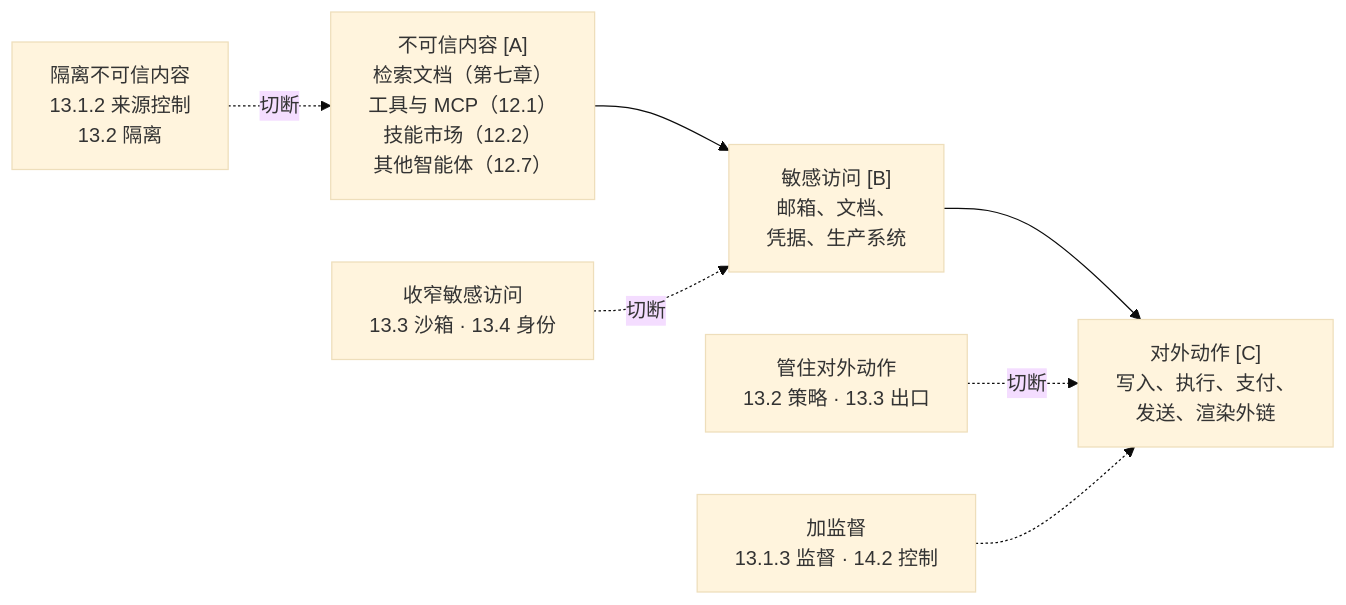
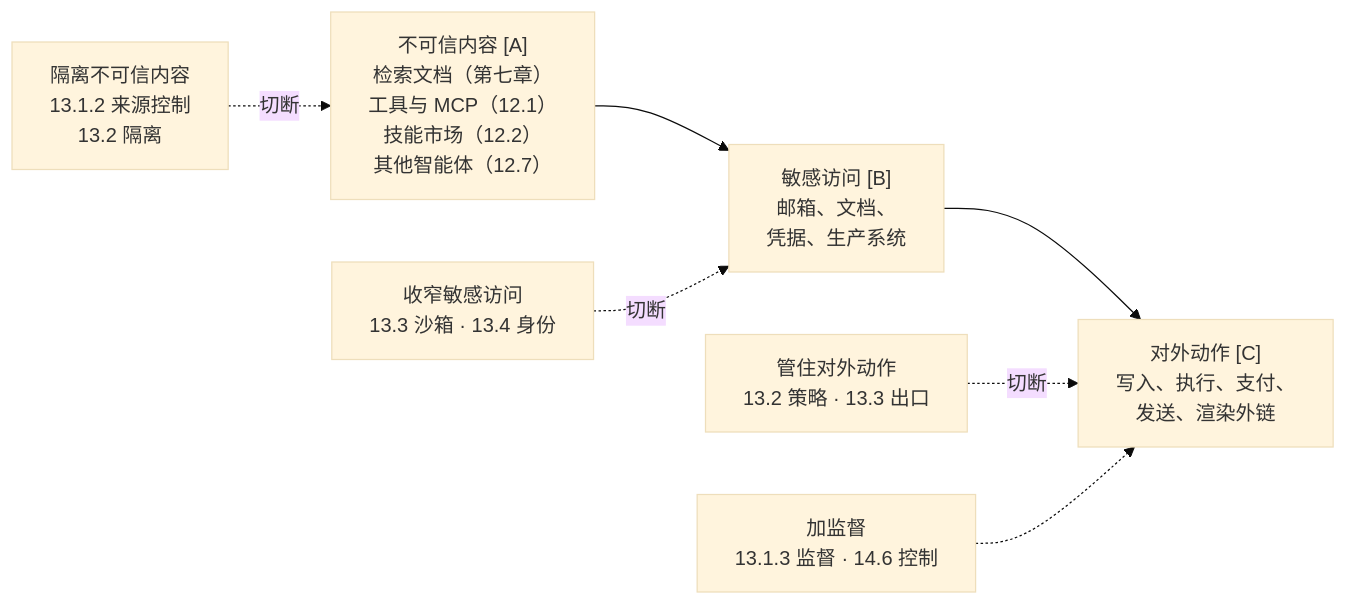
Before and after one commit to yeasy/ai_security_guide: the diagram in 11_agent_foundations/11.4_lethal_trifecta.md, drawn with Mermaid (base theme). The commit also changed other lines of this file and 133 other files, not shown here.

````diff
--- a/11_agent_foundations/11.4_lethal_trifecta.md
+++ b/11_agent_foundations/11.4_lethal_trifecta.md
@@ -50,10 +50,10 @@
 ```mermaid
 flowchart LR
     A["不可信内容 [A]<br/>检索文档（第七章）<br/>工具与 MCP（12.1）<br/>技能市场（12.2）<br/>其他智能体（12.7）"]
     A --> B["敏感访问 [B]<br/>邮箱、文档、<br/>凭据、生产系统"]
     B --> C["对外动作 [C]<br/>写入、执行、支付、<br/>发送、渲染外链"]
     D1["隔离不可信内容<br/>13.1.2 来源控制<br/>13.2 隔离"] -.->|"切断"| A
     D2["收窄敏感访问<br/>13.3 沙箱 · 13.4 身份"] -.->|"切断"| B
     D3["管住对外动作<br/>13.2 策略 · 13.3 出口"] -.->|"切断"| C
-    D4["加监督<br/>13.1.3 监督 · 14.2 控制"] -.-> C
+    D4["加监督<br/>13.1.3 监督 · 14.6 控制"] -.-> C
 ```
````
